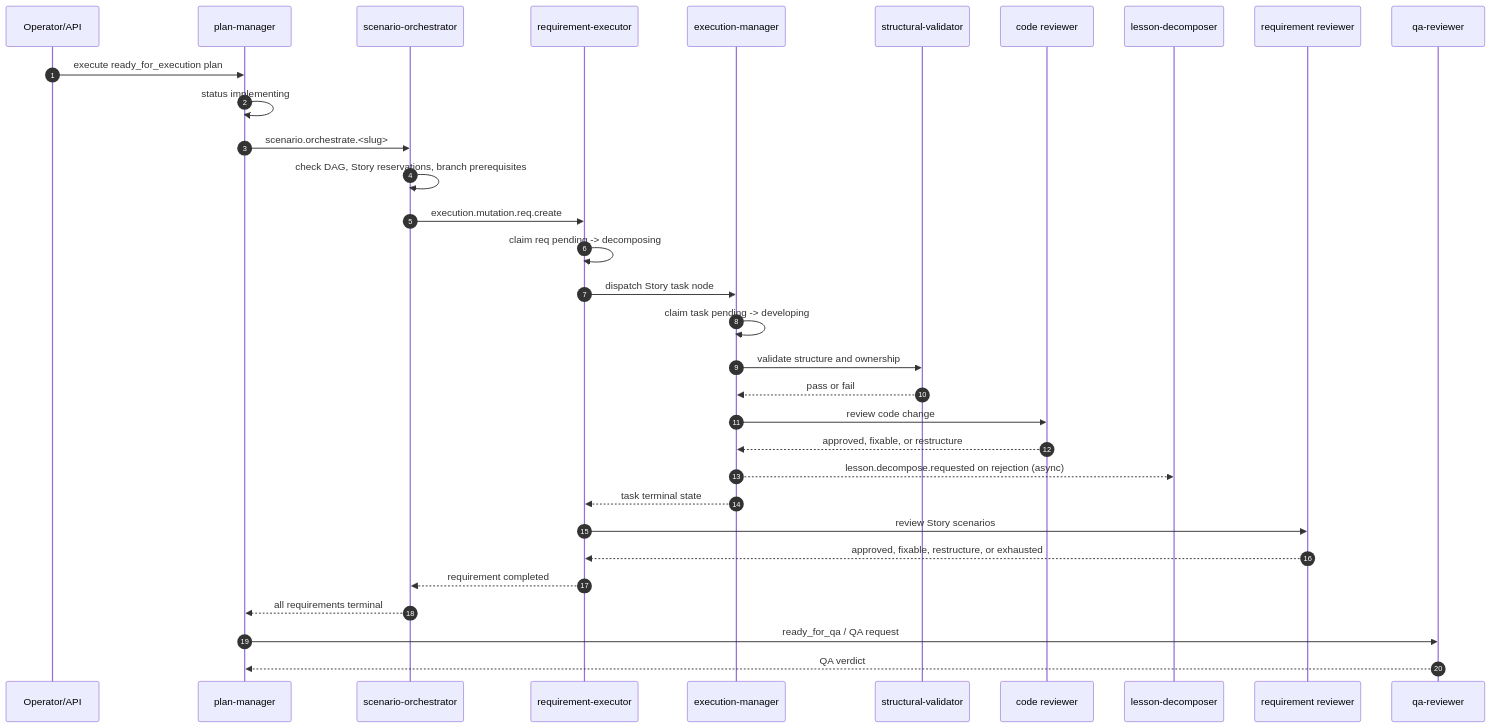
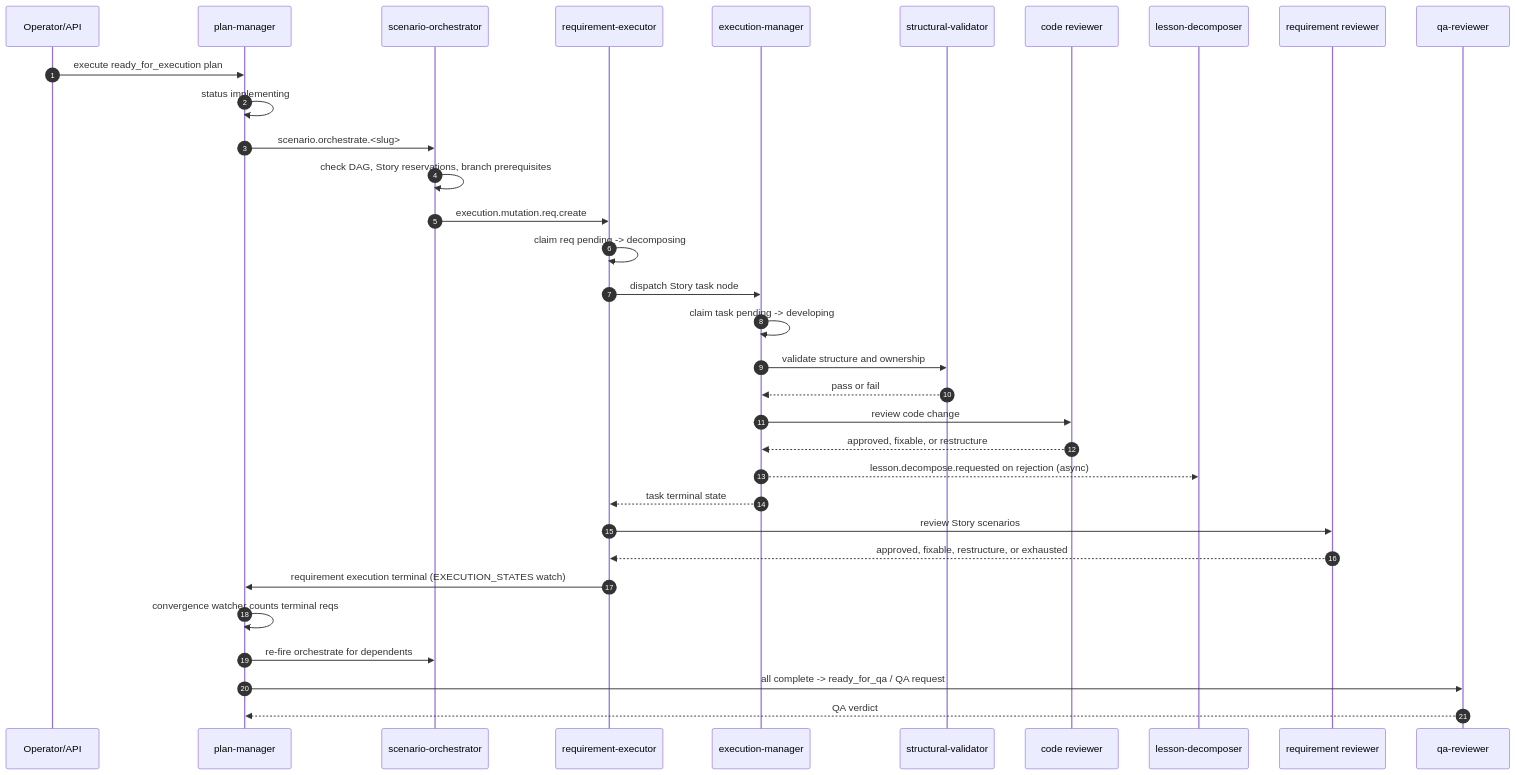
The third of 4 diagrams in docs/e2e-flow.md (C360Studio/semspec), drawn with Mermaid before and after one commit. The commit also changed other lines of this file and 1 other file, not shown here.

First line of the commit message:
docs(flow): land e2e-flow audit + correct state chart accuracy (#239)

````diff
--- a/docs/e2e-flow.md
+++ b/docs/e2e-flow.md
@@ -374,35 +411,36 @@
 ```mermaid
 sequenceDiagram
     autonumber
     participant Op as Operator/API
     participant PM as plan-manager
     participant SO as scenario-orchestrator
     participant RE as requirement-executor
     participant EM as execution-manager
     participant SV as structural-validator
     participant CR as code reviewer
     participant LD as lesson-decomposer
     participant RR as requirement reviewer
     participant QA as qa-reviewer
 
     Op->>PM: execute ready_for_execution plan
     PM->>PM: status implementing
     PM->>SO: scenario.orchestrate.<slug>
     SO->>SO: check DAG, Story reservations, branch prerequisites
     SO->>RE: execution.mutation.req.create
     RE->>RE: claim req pending -> decomposing
     RE->>EM: dispatch Story task node
     EM->>EM: claim task pending -> developing
     EM->>SV: validate structure and ownership
     SV-->>EM: pass or fail
     EM->>CR: review code change
     CR-->>EM: approved, fixable, or restructure
     EM-->>LD: lesson.decompose.requested on rejection (async)
     EM-->>RE: task terminal state
     RE->>RR: review Story scenarios
     RR-->>RE: approved, fixable, restructure, or exhausted
-    RE-->>SO: requirement completed
-    SO-->>PM: all requirements terminal
-    PM->>QA: ready_for_qa / QA request
+    RE->>PM: requirement execution terminal (EXECUTION_STATES watch)
+    PM->>PM: convergence watcher counts terminal reqs
+    PM->>SO: re-fire orchestrate for dependents
+    PM->>QA: all complete -> ready_for_qa / QA request
     QA-->>PM: QA verdict
 ```
````
